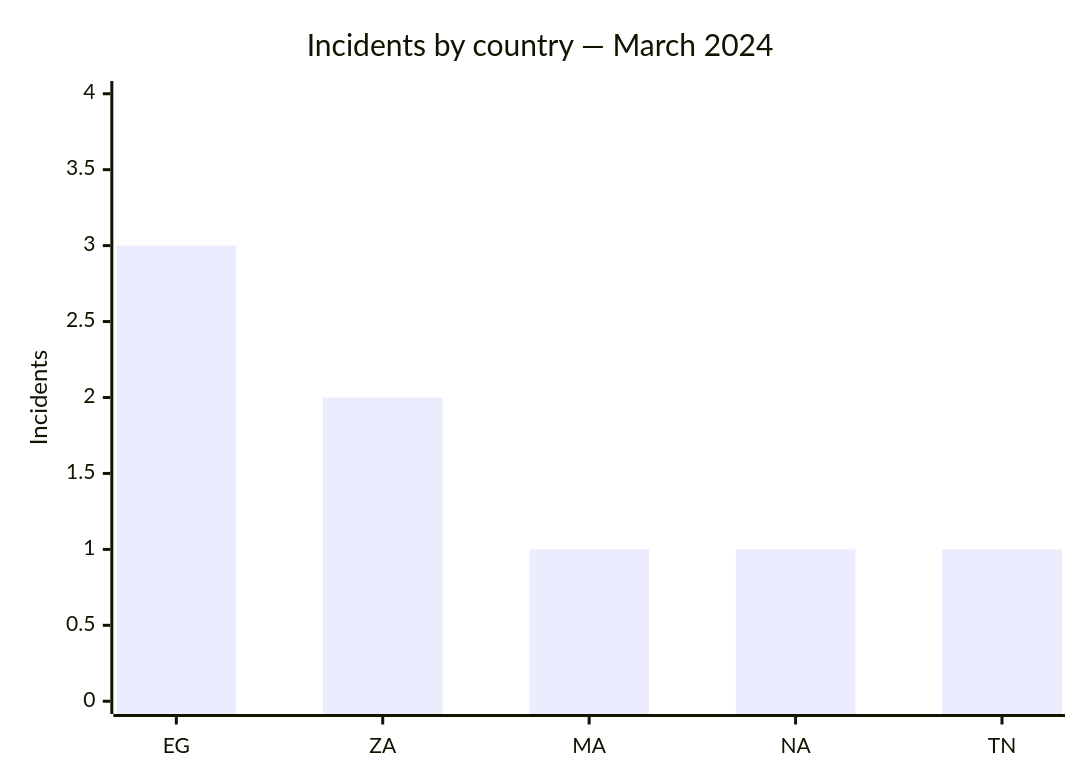
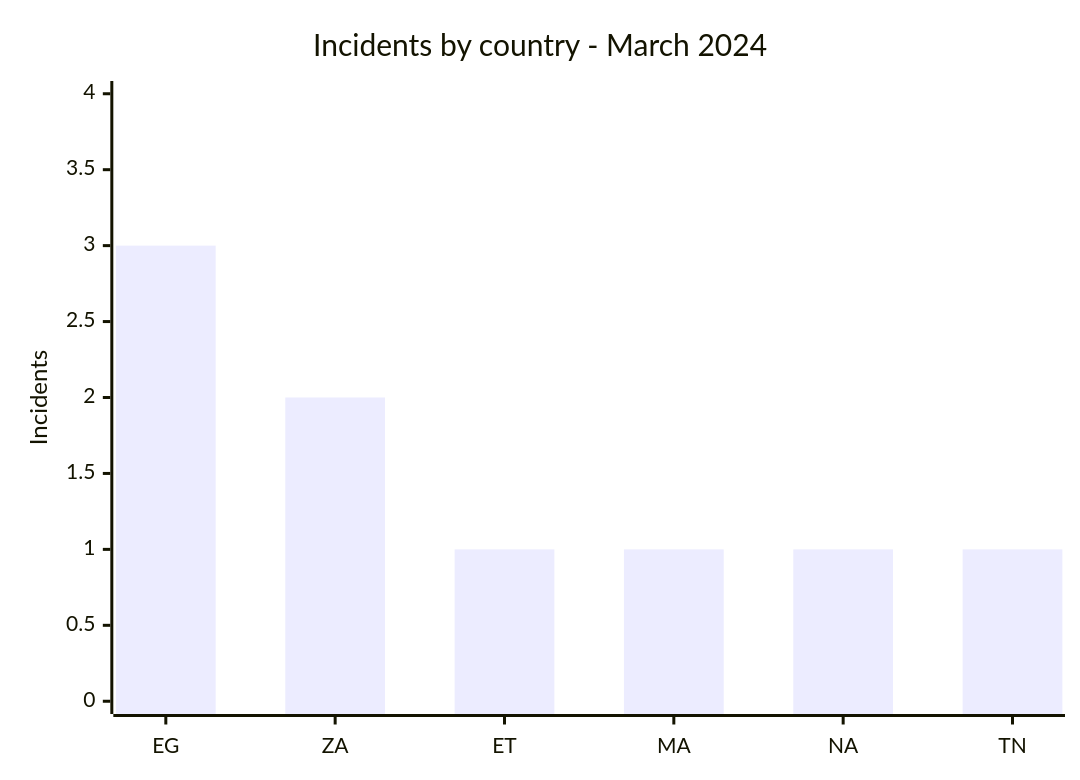
One commit to Hatchepsoute/AFRINTEL changed the first of 2 diagrams in CyberAttackAfrica/2024/03-march/README.md. Above: the diagram before and after it, drawn with Mermaid. The commit also changed other lines of this file and 182 other files, not shown here.

````diff
--- a/CyberAttackAfrica/2024/03-march/README.md
+++ b/CyberAttackAfrica/2024/03-march/README.md
@@ -45,7 +46,7 @@
 ```mermaid
 xychart
-    title "Incidents by country — March 2024"
-    x-axis ["EG","ZA","MA","NA","TN"]
+    title "Incidents by country - March 2024"
+    x-axis ["EG","ZA","ET","MA","NA","TN"]
     y-axis "Incidents" 0 --> 4
-    bar [3,2,1,1,1]
+    bar [3,2,1,1,1,1]
 ```
````
